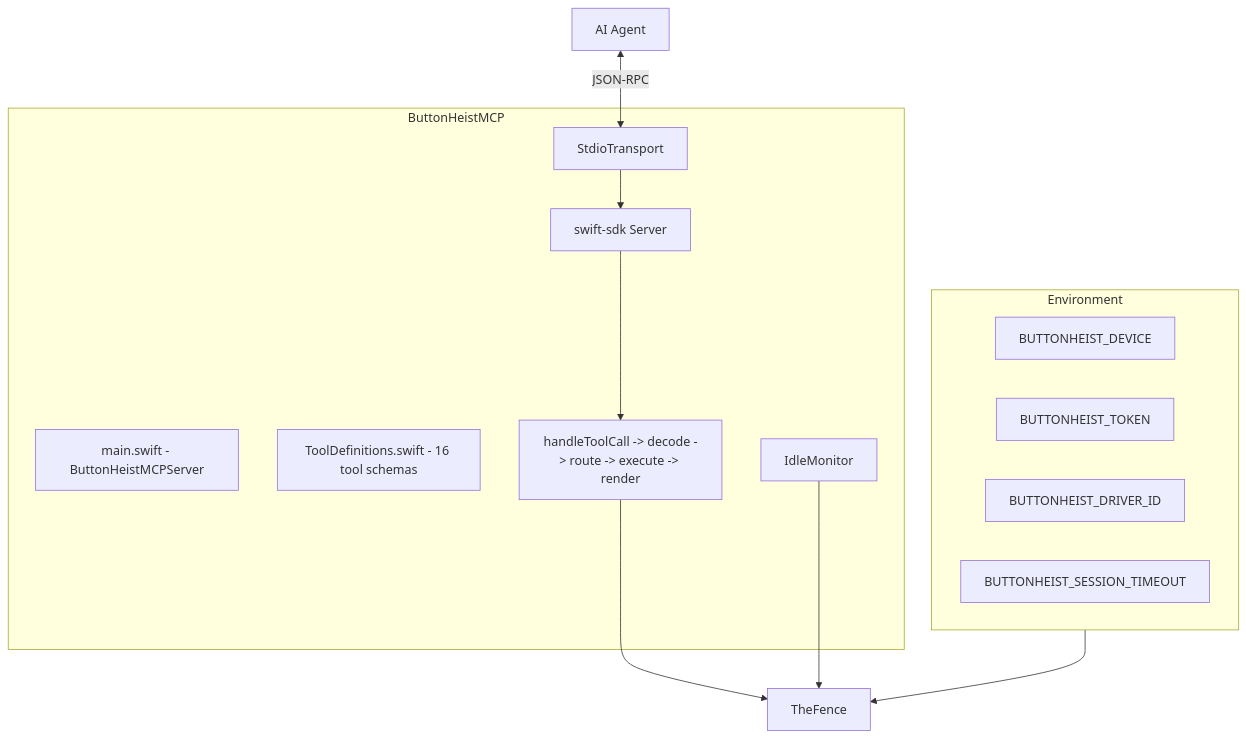
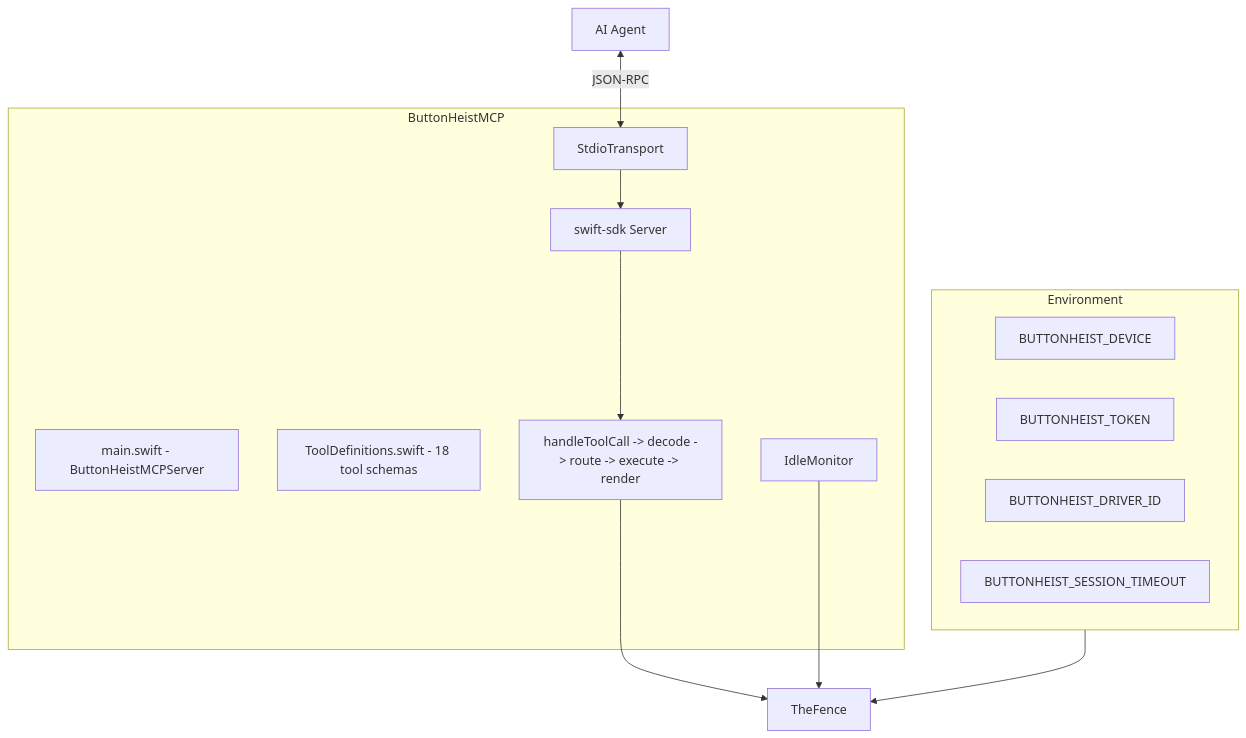
Before and after one commit to RoyalPineapple/TheButtonHeist: the diagram in docs/dossiers/12-MCP.md, drawn with Mermaid. The commit also changed other lines of this file and 29 other files, not shown here.

````diff
--- a/docs/dossiers/12-MCP.md
+++ b/docs/dossiers/12-MCP.md
@@ -19,25 +19,25 @@
 ```mermaid
 graph TD
     subgraph MCP["ButtonHeistMCP"]
         Main["main.swift - ButtonHeistMCPServer"]
         Server["swift-sdk Server"]
         Transport["StdioTransport"]
-        Tools["ToolDefinitions.swift - 16 tool schemas"]
+        Tools["ToolDefinitions.swift - 18 tool schemas"]
         Handler["handleToolCall -> decode -> route -> execute -> render"]
         Idle["IdleMonitor"]
     end
 
     subgraph Config["Environment"]
         Device["BUTTONHEIST_DEVICE"]
         Token["BUTTONHEIST_TOKEN"]
         Driver["BUTTONHEIST_DRIVER_ID"]
         Timeout["BUTTONHEIST_SESSION_TIMEOUT"]
     end
 
     Agent["AI Agent"] <-->|JSON-RPC| Transport
     Transport --> Server
     Server --> Handler
     Handler --> TheFence["TheFence"]
     Config --> TheFence
     Idle --> TheFence
 ```
````
